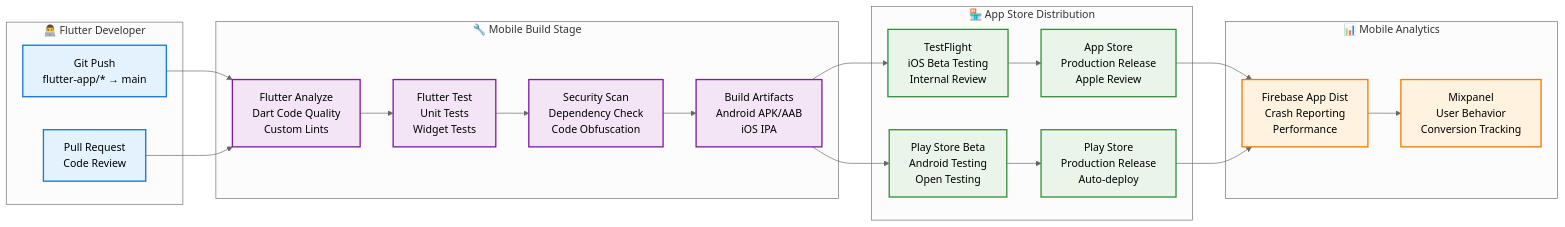
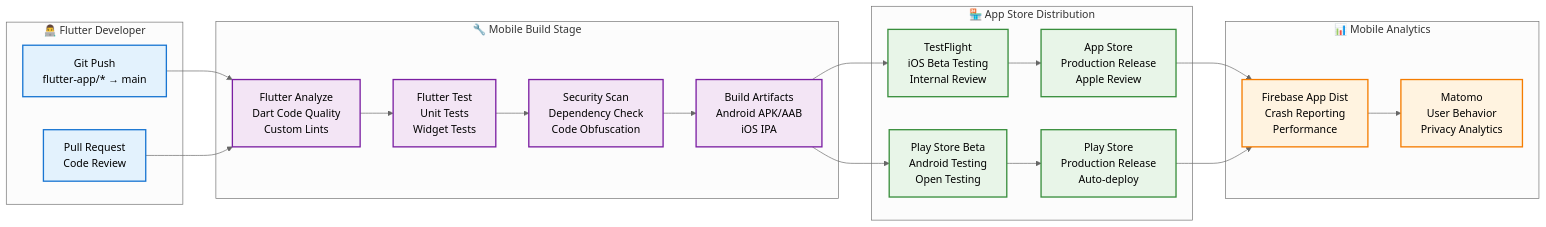
One commit to manizvlabs/agentmitra changed the ninth of 17 diagrams in discovery/deployment/deployment-design.md. Above: the diagram before and after it, drawn with Mermaid (neutral theme). The commit also changed other lines of this file, not shown here.

````diff
--- a/discovery/deployment/deployment-design.md
+++ b/discovery/deployment/deployment-design.md
@@ -1590,55 +1593,55 @@
 ```mermaid
 graph LR
     subgraph "👨‍💻 Flutter Developer"
         PushMobile[Git Push<br/>flutter-app/* → main]
         PRMobile[Pull Request<br/>Code Review]
     end
 
     subgraph "🔧 Mobile Build Stage"
         LintMobile[Flutter Analyze<br/>Dart Code Quality<br/>Custom Lints]
         TestMobile[Flutter Test<br/>Unit Tests<br/>Widget Tests]
         SecurityMobile[Security Scan<br/>Dependency Check<br/>Code Obfuscation]
         BuildMobile[Build Artifacts<br/>Android APK/AAB<br/>iOS IPA]
     end
 
     subgraph "🏪 App Store Distribution"
         TestFlight[TestFlight<br/>iOS Beta Testing<br/>Internal Review]
         PlayBeta[Play Store Beta<br/>Android Testing<br/>Open Testing]
         AppStoreRelease[App Store<br/>Production Release<br/>Apple Review]
         PlayStoreRelease[Play Store<br/>Production Release<br/>Auto-deploy]
     end
 
     subgraph "📊 Mobile Analytics"
         Firebase[Firebase App Dist<br/>Crash Reporting<br/>Performance]
-        Mixpanel[Mixpanel<br/>User Behavior<br/>Conversion Tracking]
+        Matomo[Matomo<br/>User Behavior<br/>Privacy Analytics]
     end
 
     %% Flow connections
     PushMobile --> LintMobile
     PRMobile --> LintMobile
 
     LintMobile --> TestMobile
     TestMobile --> SecurityMobile
     SecurityMobile --> BuildMobile
 
     BuildMobile --> TestFlight
     BuildMobile --> PlayBeta
 
     TestFlight --> AppStoreRelease
     PlayBeta --> PlayStoreRelease
 
     AppStoreRelease --> Firebase
     PlayStoreRelease --> Firebase
-    Firebase --> Mixpanel
+    Firebase --> Matomo
 
     %% Styling
     classDef dev fill:#e3f2fd,stroke:#1976d2,stroke-width:2px
     classDef build fill:#f3e5f5,stroke:#7b1fa2,stroke-width:2px
     classDef dist fill:#e8f5e8,stroke:#388e3c,stroke-width:2px
     classDef analytics fill:#fff3e0,stroke:#f57c00,stroke-width:2px
 
     class PushMobile,PRMobile dev
     class LintMobile,TestMobile,SecurityMobile,BuildMobile build
     class TestFlight,PlayBeta,AppStoreRelease,PlayStoreRelease dist
-    class Firebase,Mixpanel analytics
+    class Firebase,Matomo analytics
 ```
````
